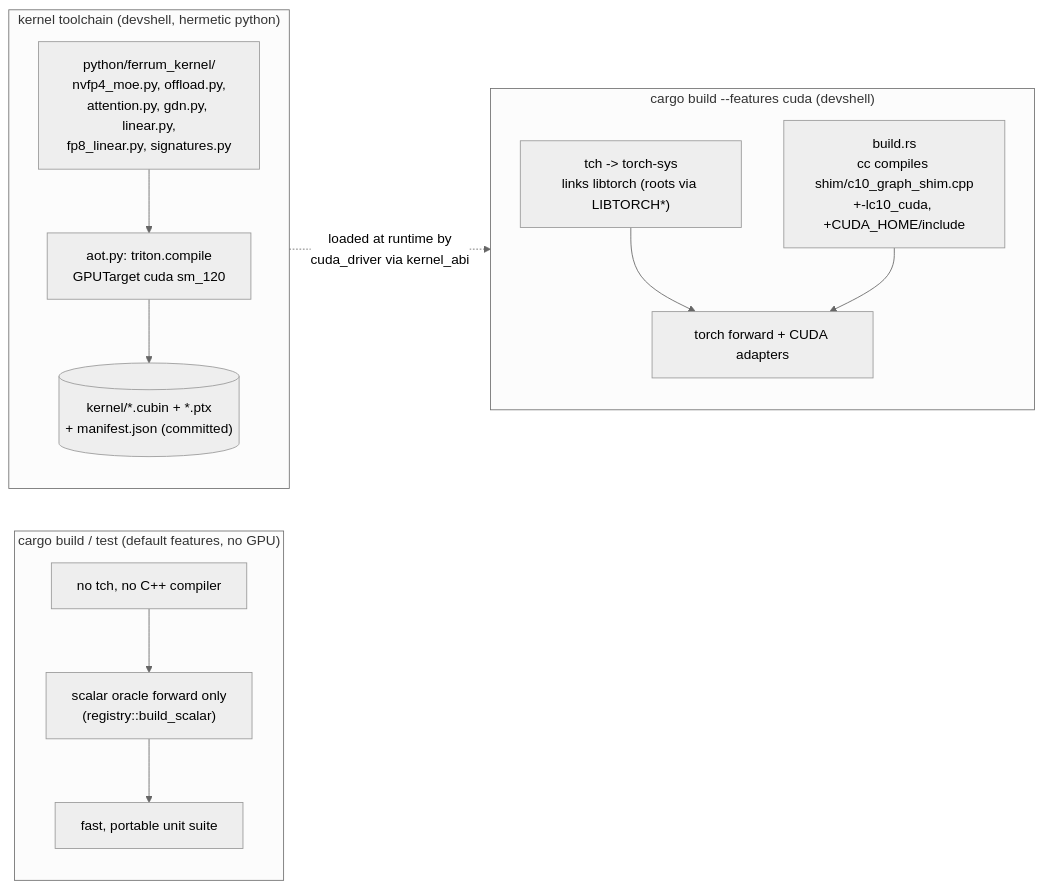
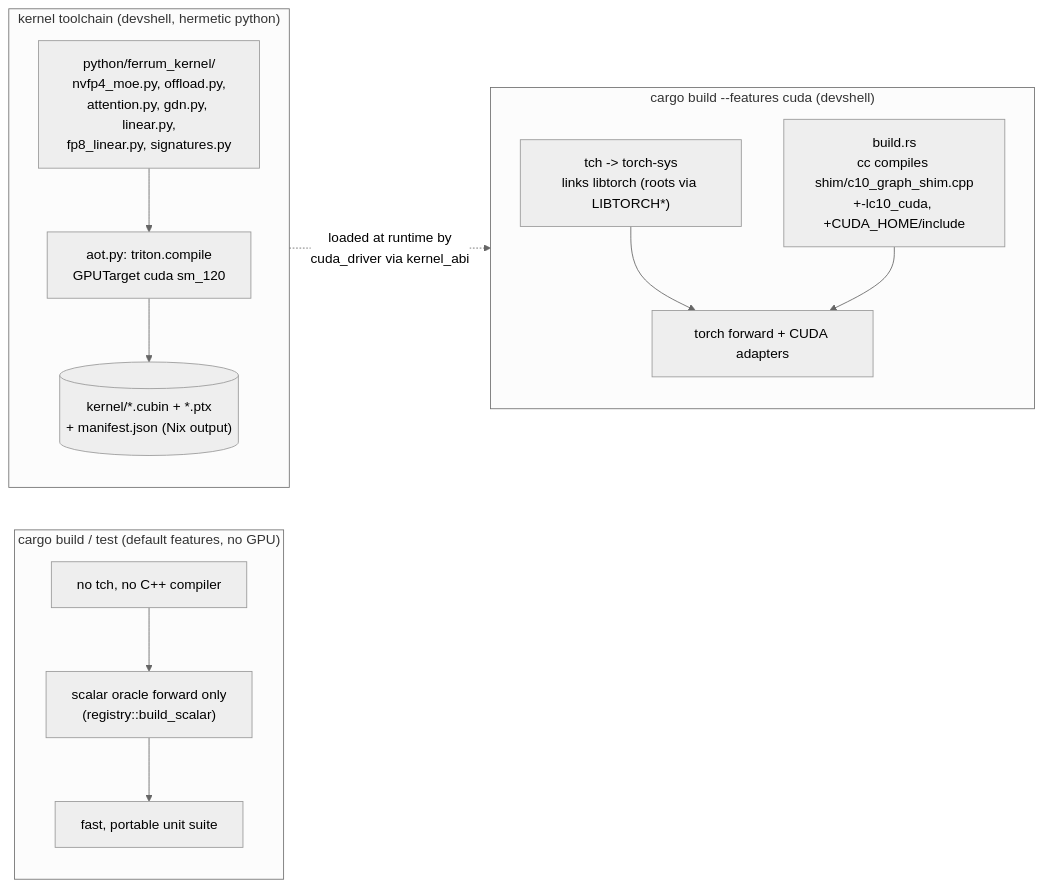
Before and after one commit to butzist/ferrum-torrens: the second of 17 diagrams in ARCHITECTURE.md, drawn with Mermaid (neutral theme). The commit also changed other lines of this file and 49 other files, not shown here.

````diff
--- a/ARCHITECTURE.md
+++ b/ARCHITECTURE.md
@@ -179,26 +179,26 @@
 ```mermaid
 flowchart LR
   subgraph CPUBuild["cargo build / test (default features, no GPU)"]
     C1["no tch, no C++ compiler"] --> C2["scalar oracle forward only\n(registry::build_scalar)"]
     C2 --> C3["fast, portable unit suite"]
   end
 
   subgraph CudaBuild["cargo build --features cuda (devshell)"]
     direction TB
     G1["tch -> torch-sys\nlinks libtorch (roots via LIBTORCH*)"]
     G2["build.rs\ncc compiles shim/c10_graph_shim.cpp\n+-lc10_cuda, +CUDA_HOME/include"]
     G3["torch forward + CUDA adapters"]
     G1 --> G3
     G2 --> G3
   end
 
   subgraph KernelAOT["kernel toolchain (devshell, hermetic python)"]
     direction TB
     K1["python/ferrum_kernel/\nnvfp4_moe.py, offload.py,\nattention.py, gdn.py, linear.py,\nfp8_linear.py, signatures.py"]
     K2["aot.py: triton.compile\nGPUTarget cuda sm_120"]
-    K3[("kernel/*.cubin + *.ptx\n+ manifest.json (committed)")]
+    K3[("kernel/*.cubin + *.ptx\n+ manifest.json (Nix output)")]
     K1 --> K2 --> K3
   end
 
   K3 -. "loaded at runtime by\ncuda_driver via kernel_abi" .-> G3
 ```
````
